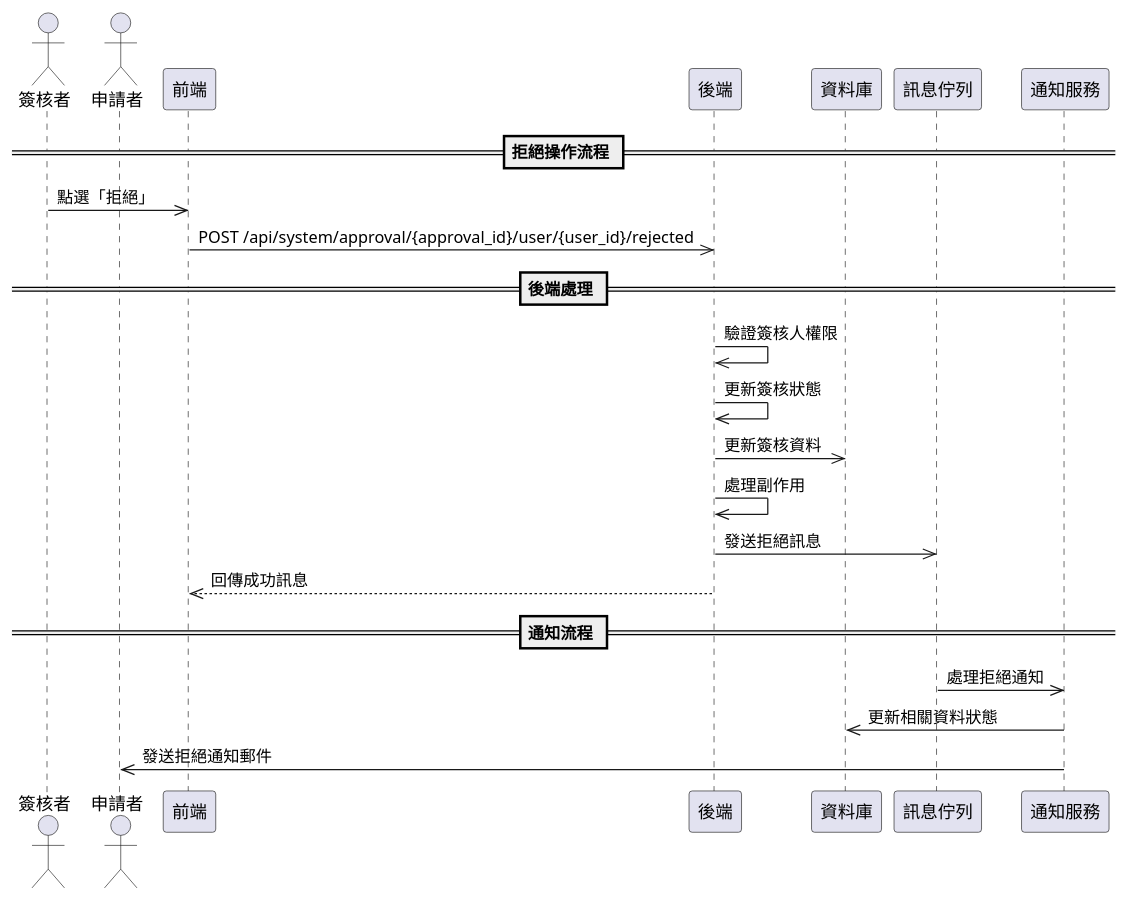
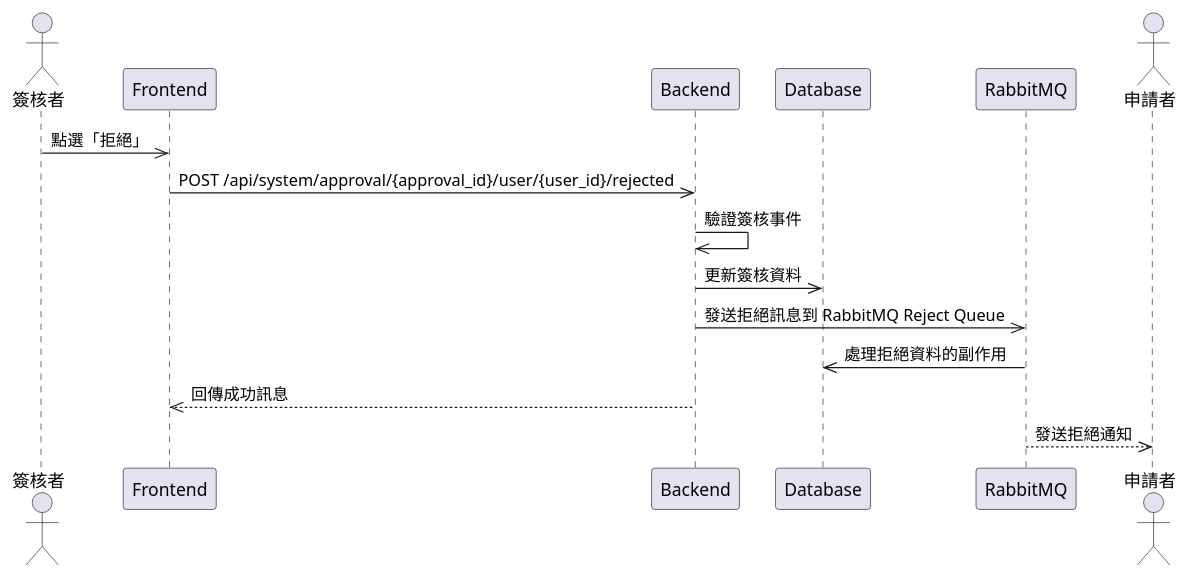
The diagram in plantUML/sequence/approval_reject.puml (walle45611/NTUB_SecuManag_Diagram), drawn with PlantUML before and after one commit. The commit also changed 9 other files, not shown here.

Commit message:
feat: 更新多個流程圖，調整參與者與流程步驟以增強可讀性，並整合核准與拒絕流程

```diff
--- a/plantUML/sequence/approval_reject.puml
+++ b/plantUML/sequence/approval_reject.puml
@@ -1,27 +1,19 @@
 @startuml
 actor Reviewer as "簽核者"
+
+participant Frontend
+participant Backend
+participant Database
+participant RabbitMQ
 actor User as "申請者"
 
-participant Frontend as "前端"
-participant Backend as "後端"
-participant Database as "資料庫"
-participant RabbitMQ as "訊息佇列"
-participant NotificationService as "通知服務"
-
-== 拒絕操作流程 ==
 Reviewer ->> Frontend: 點選「拒絕」
 Frontend ->> Backend: POST /api/system/approval/{approval_id}/user/{user_id}/rejected
+Backend ->> Backend: 驗證簽核事件
+Backend ->> Database: 更新簽核資料
+Backend ->> RabbitMQ: 發送拒絕訊息到 RabbitMQ Reject Queue
+RabbitMQ ->> Database: 處理拒絕資料的副作用
+Backend -->> Frontend: 回傳成功訊息
+RabbitMQ -->> User: 發送拒絕通知
 
-== 後端處理 ==
-Backend ->> Backend: 驗證簽核人權限
-Backend ->> Backend: 更新簽核狀態
-Backend ->> Database: 更新簽核資料
-Backend ->> Backend: 處理副作用
-Backend ->> RabbitMQ: 發送拒絕訊息
-Backend -->> Frontend: 回傳成功訊息
-
-== 通知流程 ==
-RabbitMQ ->> NotificationService: 處理拒絕通知
-NotificationService ->> Database: 更新相關資料狀態
-NotificationService ->> User: 發送拒絕通知郵件
 @enduml
```
